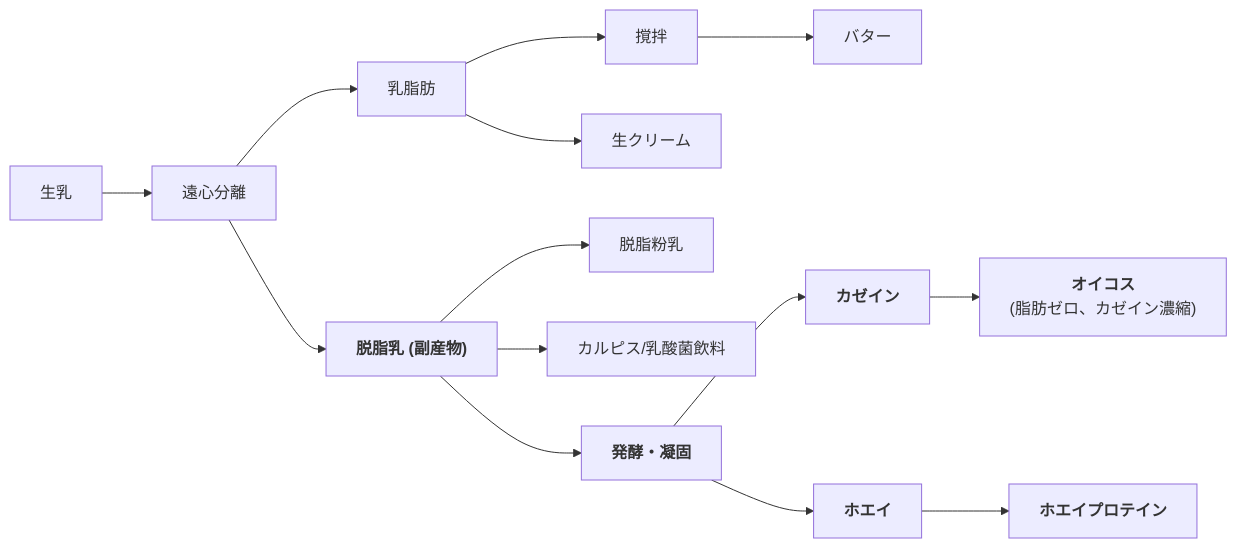
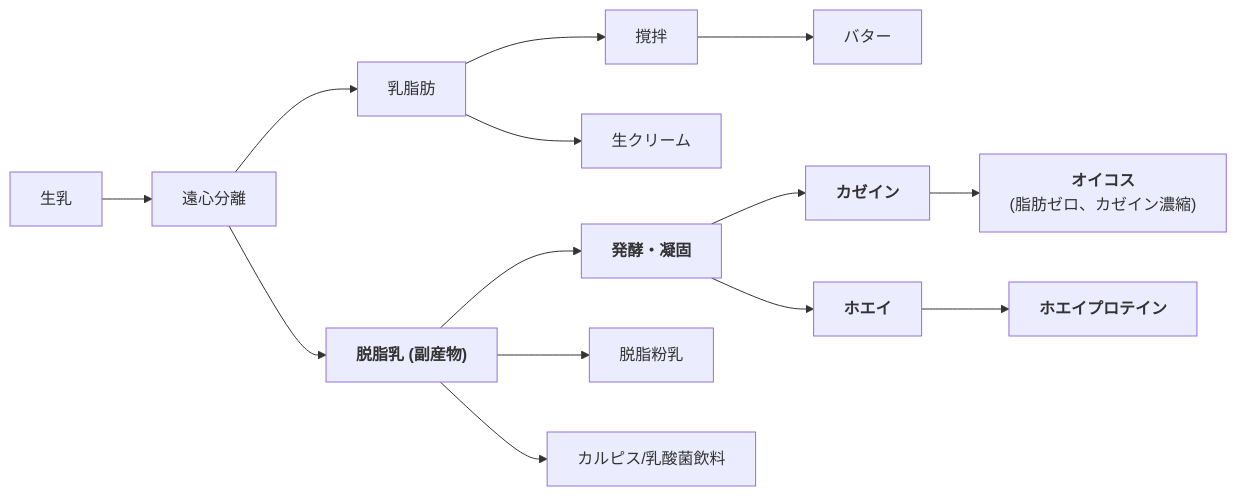
One commit to ussyi-git/- changed the first of 2 diagrams in README.md. Above: the diagram before and after it, drawn with Mermaid. The commit also changed other lines of this file, not shown here.

````diff
--- a/README.md
+++ b/README.md
@@ -1,23 +1,23 @@
 ```mermaid
 graph LR
 Milk["生乳"]-->Separator["遠心分離"]
 %% --- クリーム側の流れ ---
 Separator-->Cream["乳脂肪"]
 Cream-->ButterProcess["撹拌"]
   Cream-->creamyProcess["生クリーム"]
 ButterProcess-->Butter["バター"]
 %% --- 脱脂乳側の流れ ---
 Separator-->SkimMilk["<b>脱脂乳 (副産物)</b>"]
+%% 発酵プロセスへ
+SkimMilk-->Ferment["<b>発酵・凝固</b>"]
 %% そのまま加工
 SkimMilk-->Powder["脱脂粉乳"]
 SkimMilk-->Calpis["カルピス/乳酸菌飲料"]
-%% 発酵プロセスへ
-SkimMilk-->Ferment["<b>発酵・凝固</b>"]
 %% 固形分（カゼイン）の行方
 Ferment-->Curd["<b>カゼイン</b>"]
 Curd-->Oikos["<b>オイコス</b><br>(脂肪ゼロ、カゼイン濃縮)"]
 %% 液体（ホエイ）の行方
 Ferment-->Whey["<b>ホエイ</b>"]
 Whey-->WPC_WPI["<b>ホエイプロテイン</b>"]
 
 ```
````
